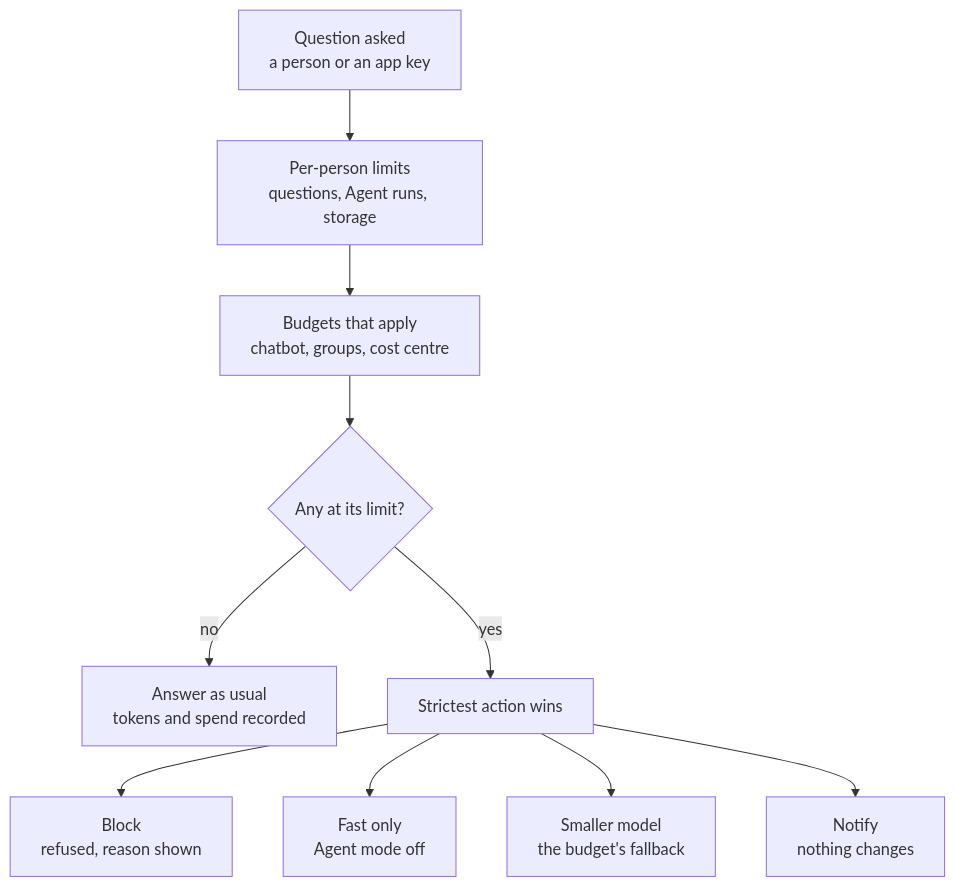
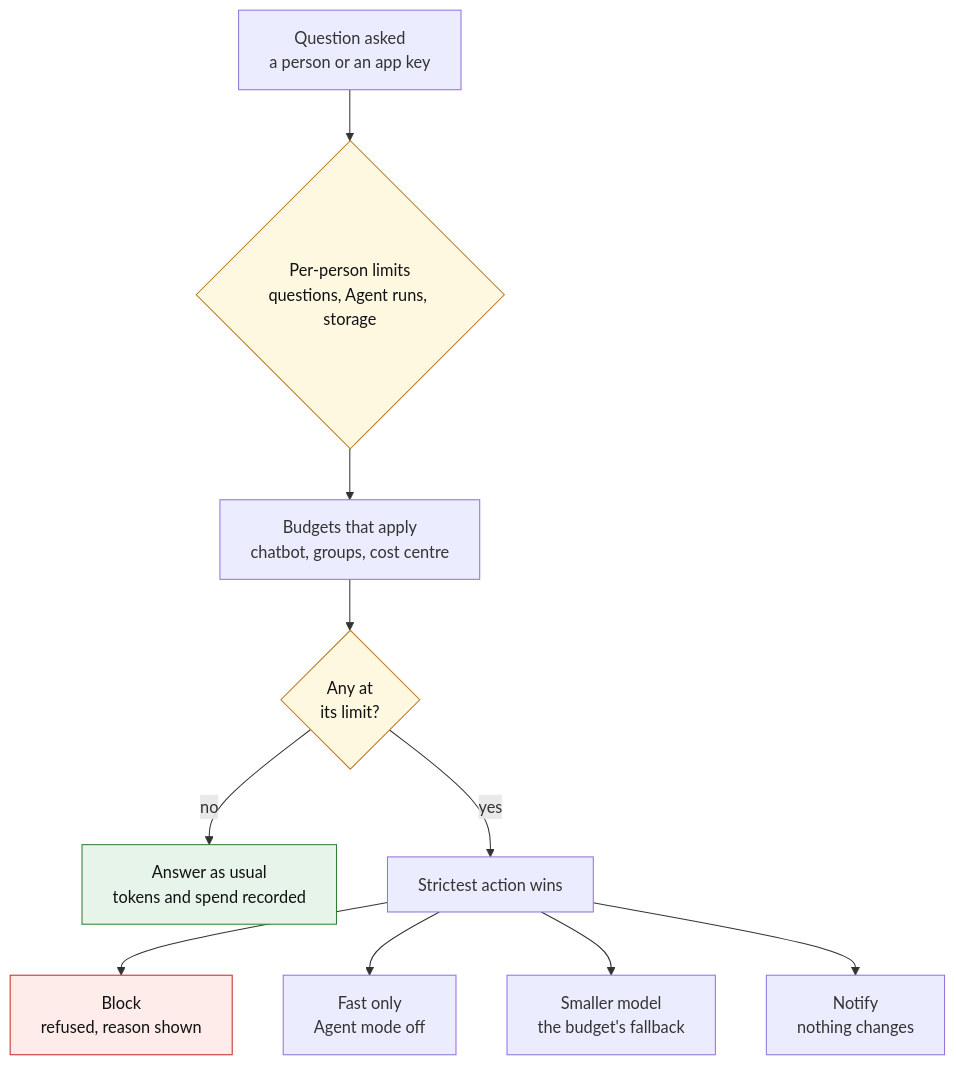
The seventh of 9 diagrams in docs/user-flows.md (shturag/veyntora), drawn with Mermaid before and after one commit. The commit also changed other lines of this file, not shown here.

First line of the commit message:
Docs: flows page reworked for reading on GitHub

````diff
--- a/docs/user-flows.md
+++ b/docs/user-flows.md
@@ -229,12 +389,18 @@
 ```mermaid
 flowchart TD
-    question["Question asked<br/>a person or an app key"] --> person["Per-person limits<br/>questions, Agent runs, storage"]
+    question["Question asked<br/>a person or an app key"] --> person{"Per-person limits<br/>questions, Agent runs, storage"}
     person --> budgets["Budgets that apply<br/>chatbot, groups, cost centre"]
-    budgets --> limit{"Any at its limit?"}
+    budgets --> limit{"Any at<br/>its limit?"}
     limit -- no --> usual["Answer as usual<br/>tokens and spend recorded"]
     limit -- yes --> strictest["Strictest action wins"]
     strictest --> block["Block<br/>refused, reason shown"]
     strictest --> fastonly["Fast only<br/>Agent mode off"]
     strictest --> smaller["Smaller model<br/>the budget's fallback"]
     strictest --> notify["Notify<br/>nothing changes"]
+    classDef good fill:#e6f4ea,stroke:#2e7d32,color:#111
+    classDef stop fill:#fdecea,stroke:#c62828,color:#111
+    classDef decision fill:#fff8e1,stroke:#b7791f,color:#111
+    class usual good
+    class block stop
+    class person,limit decision
 ```
````
